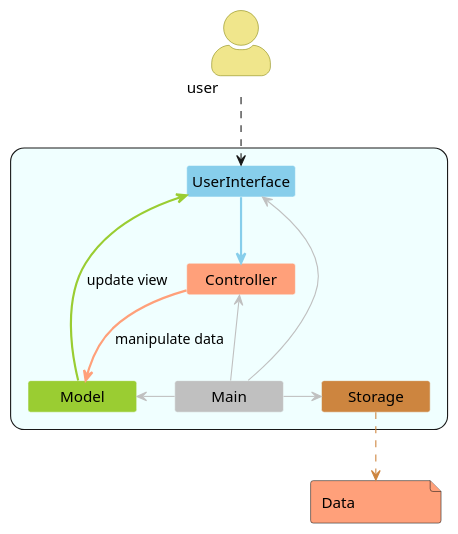
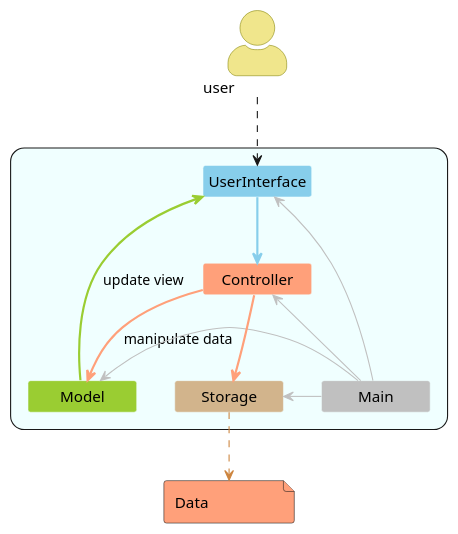
The diagram in docs/diagram/ArchitectureDiagram.puml (untitle4/tp), drawn with PlantUML before and after one commit. The commit also changed 12 other files, not shown here.

Commit message:
Update uml diagrams to support colors

```diff
--- a/docs/diagram/ArchitectureDiagram.puml
+++ b/docs/diagram/ArchitectureDiagram.puml
@@ -1,48 +1,49 @@
 @startuml
 allowmixing
 skinparam actorStyle awesome
 skinparam rectangle {
     roundCorner 25
 }
 skinparam MinClassWidth 100
 hide circle
 hide members
 scale 450 width
 skinparam Class {
     BorderColor Azure
 }
 skinparam Shadowing false
 skinparam Actor {
     BorderColor Olive
     BackgroundColor Khaki
 }
 
 actor user
 
 rectangle #Azure {
     class UserInterface #SkyBlue {
     }
     class Model #YellowGreen {
     }
     class Controller #LightSalmon {
     }
     class Main #Silver {
     }
-    class Storage #Peru {
+    class Storage #Tan {
     }
 }
 
 package Data <<File>> #LightSalmon {
 }
 
 user ..down> UserInterface
 UserInterface -down[bold,#SkyBlue]-> Controller
 Controller -[Bold,#LightSalmon]-> Model : manipulate data
 Model --[bold,#YellowGreen]> UserInterface : update view
 UserInterface <-[#Silver] Main
 Main -left[#Silver]> Controller
 Main -up[#Silver]> Model
 Main -right[#Silver]> Storage
 Storage ..[#Peru]> Data
+Controller -[bold,#LightSalmon]> Storage
 
 @enduml
```
